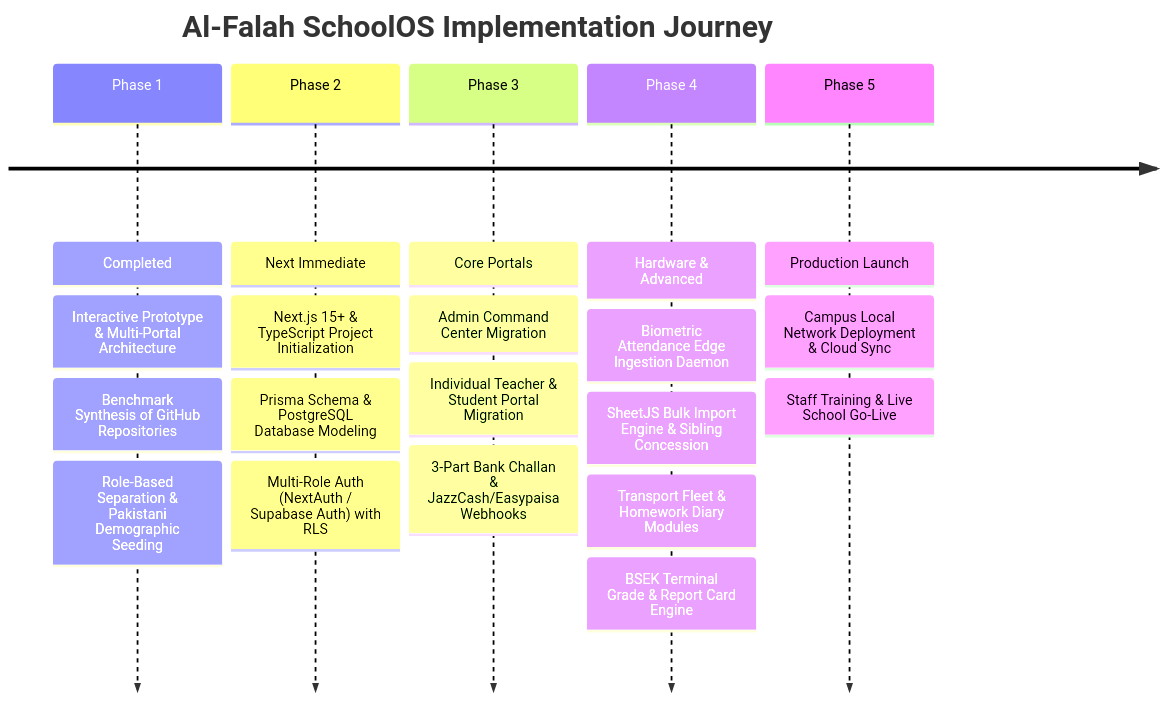
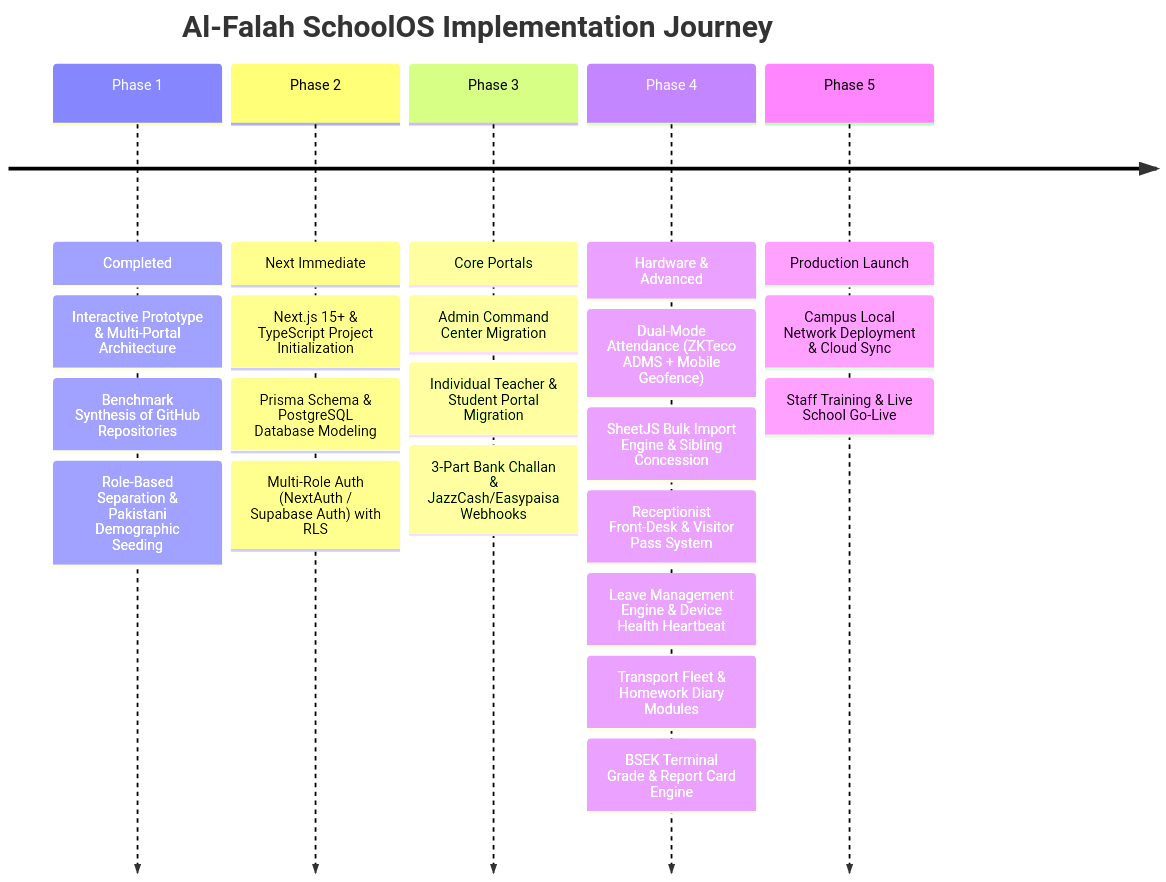
Before and after one commit to ZainabAnwer/sms: the diagram in 02_MASTER_GOAL_AND_FULL_FEATURE_ROADMAP.md, drawn with Mermaid. The commit also changed other lines of this file and 2 other files, not shown here.

Commit message:
feat: add zero-hardware mobile geofencing and WebAuthn biometric attendance architecture

````diff
--- a/02_MASTER_GOAL_AND_FULL_FEATURE_ROADMAP.md
+++ b/02_MASTER_GOAL_AND_FULL_FEATURE_ROADMAP.md
@@ -157,19 +203,21 @@
 ```mermaid
 timeline
     title Al-Falah SchoolOS Implementation Journey
     Phase 1 : Completed : Interactive Prototype & Multi-Portal Architecture
             : Benchmark Synthesis of GitHub Repositories
             : Role-Based Separation & Pakistani Demographic Seeding
     Phase 2 : Next Immediate : Next.js 15+ & TypeScript Project Initialization
             : Prisma Schema & PostgreSQL Database Modeling
             : Multi-Role Auth (NextAuth / Supabase Auth) with RLS
     Phase 3 : Core Portals : Admin Command Center Migration
             : Individual Teacher & Student Portal Migration
             : 3-Part Bank Challan & JazzCash/Easypaisa Webhooks
-    Phase 4 : Hardware & Advanced : Biometric Attendance Edge Ingestion Daemon
+    Phase 4 : Hardware & Advanced : Dual-Mode Attendance (ZKTeco ADMS + Mobile Geofence)
             : SheetJS Bulk Import Engine & Sibling Concession
+            : Receptionist Front-Desk & Visitor Pass System
+            : Leave Management Engine & Device Health Heartbeat
             : Transport Fleet & Homework Diary Modules
             : BSEK Terminal Grade & Report Card Engine
     Phase 5 : Production Launch : Campus Local Network Deployment & Cloud Sync
             : Staff Training & Live School Go-Live
 ```
````
